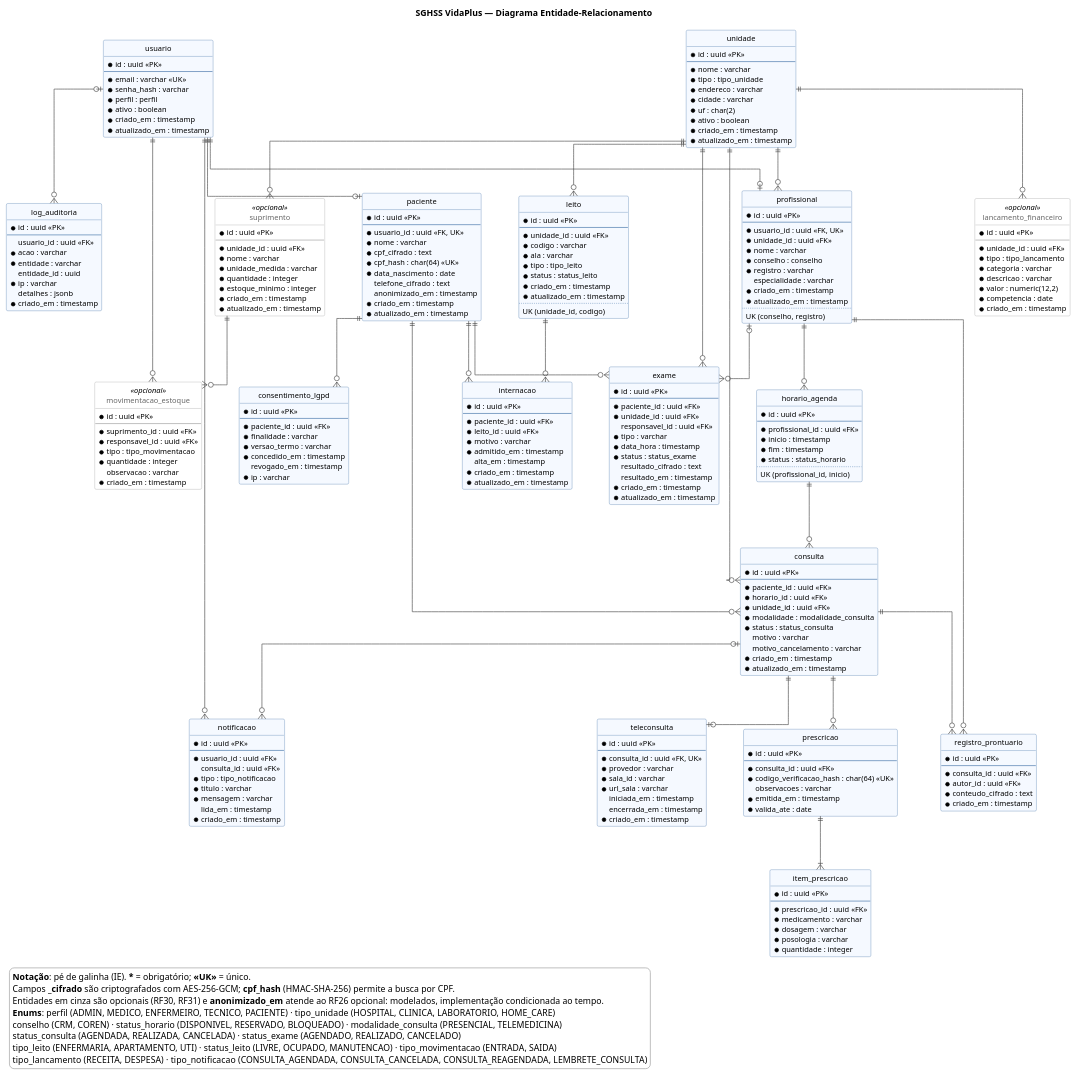
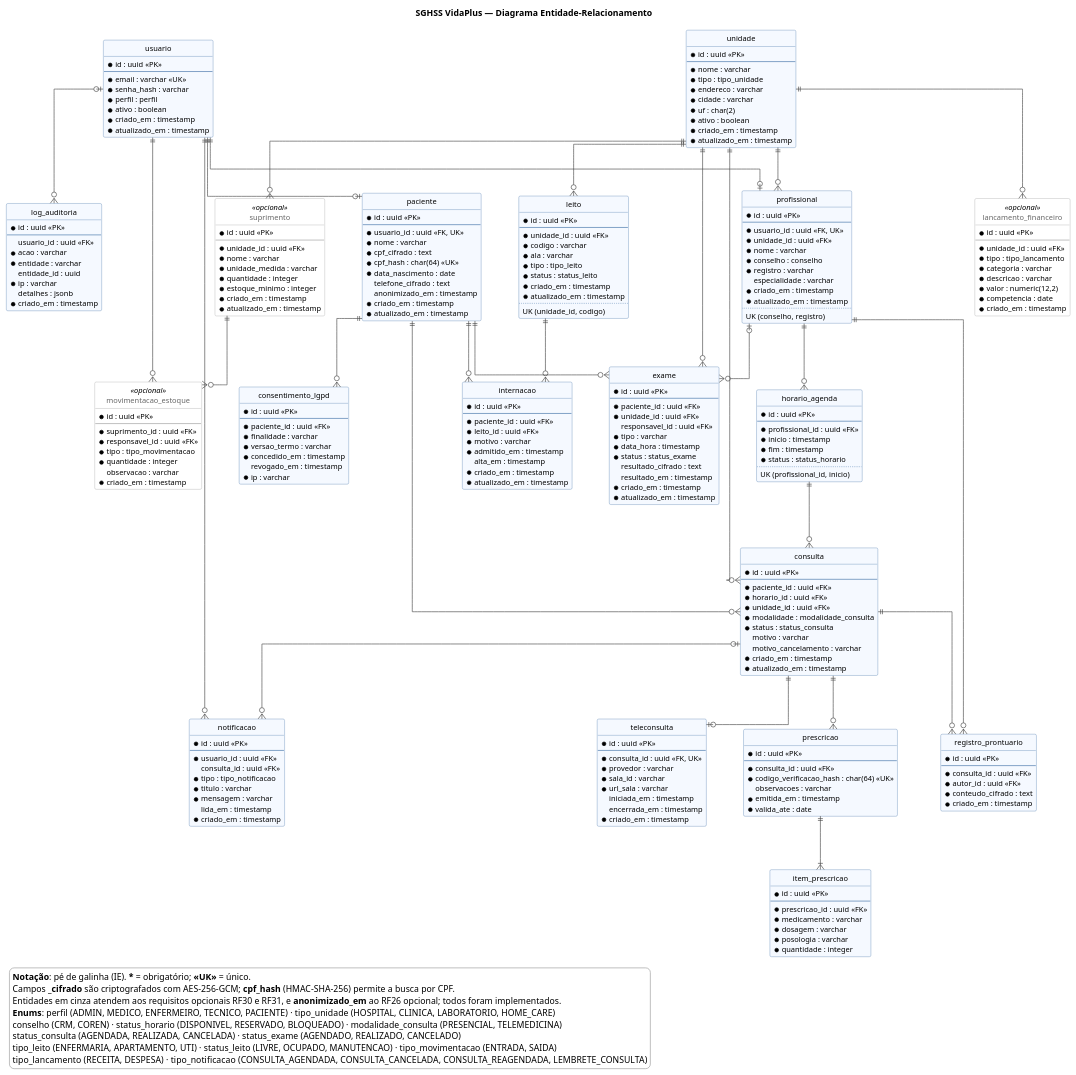
The diagram in docs/diagramas/der.puml (JlucasFaria/sghss-api), drawn with PlantUML before and after one commit. The commit also changed 5 other files, not shown here.

Commit message:
docs: revisa der e diagrama de classes

```diff
--- a/docs/diagramas/der.puml
+++ b/docs/diagramas/der.puml
@@ -295,7 +295,7 @@
 legend bottom left
   <b>Notação</b>: pé de galinha (IE). <b>*</b> = obrigatório; <b><<UK>></b> = único.
   Campos <b>_cifrado</b> são criptografados com AES-256-GCM; <b>cpf_hash</b> (HMAC-SHA-256) permite a busca por CPF.
-  Entidades em cinza são opcionais (RF30, RF31) e <b>anonimizado_em</b> atende ao RF26 opcional: modelados, implementação condicionada ao tempo.
+  Entidades em cinza atendem aos requisitos opcionais RF30 e RF31, e <b>anonimizado_em</b> ao RF26 opcional; todos foram implementados.
   <b>Enums</b>: perfil (ADMIN, MEDICO, ENFERMEIRO, TECNICO, PACIENTE) · tipo_unidade (HOSPITAL, CLINICA, LABORATORIO, HOME_CARE)
   conselho (CRM, COREN) · status_horario (DISPONIVEL, RESERVADO, BLOQUEADO) · modalidade_consulta (PRESENCIAL, TELEMEDICINA)
   status_consulta (AGENDADA, REALIZADA, CANCELADA) · status_exame (AGENDADO, REALIZADO, CANCELADO)
```
